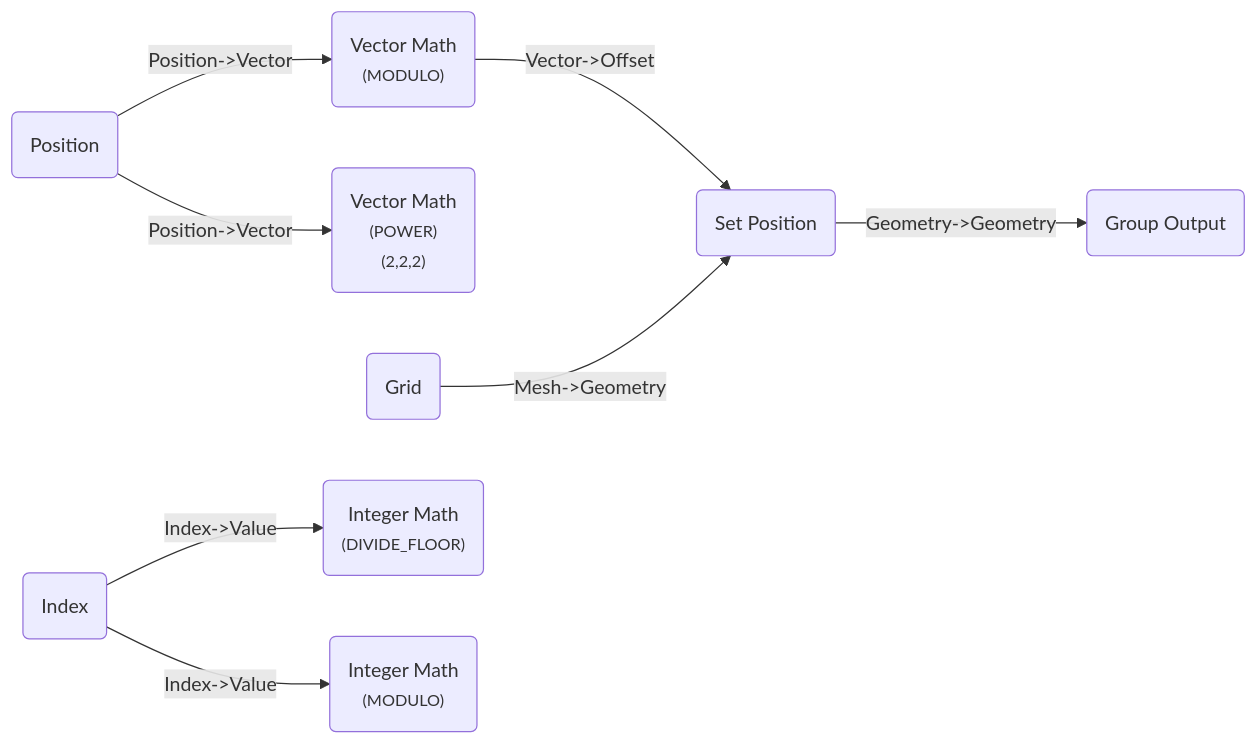
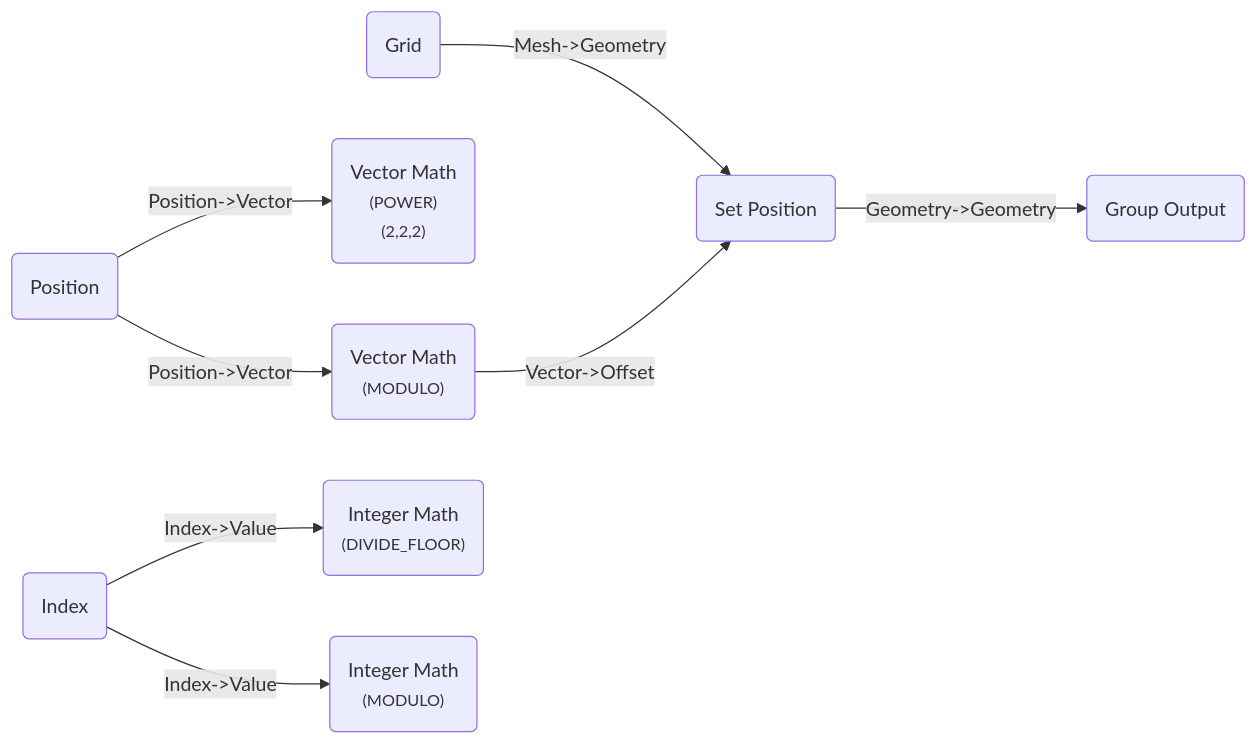
One commit to BradyAJohnston/nodebpy changed the second of 11 diagrams in operators.llms.md. Above: the diagram before and after it, drawn with Mermaid. The commit also changed other lines of this file and 104 other files, not shown here.

````diff
--- a/operators.llms.md
+++ b/operators.llms.md
@@ -73,19 +73,19 @@
 ``` mermaid
 graph LR
     N0("Position"):::input-node
     N1("Grid"):::geometry-node
     N2("Vector Math<br/><small>(POWER)</small><br/><small>(2,2,2)</small>"):::vector-node
     N3("Vector Math<br/><small>(MODULO)</small>"):::vector-node
     N4("Set Position"):::geometry-node
     N5("Index"):::input-node
     N6("Integer Math<br/><small>(DIVIDE_FLOOR)</small>"):::converter-node
     N7("Integer Math<br/><small>(MODULO)</small>"):::converter-node
     N8("Group Output"):::default-node
+    N4 -->|"Geometry->Geometry"| N8
     N5 -->|"Index->Value"| N6
     N5 -->|"Index->Value"| N7
     N0 -->|"Position->Vector"| N2
     N0 -->|"Position->Vector"| N3
+    N1 -->|"Mesh->Geometry"| N4
     N3 -->|"Vector->Offset"| N4
-    N1 -->|"Mesh->Geometry"| N4
-    N4 -->|"Geometry->Geometry"| N8
 ```
````
